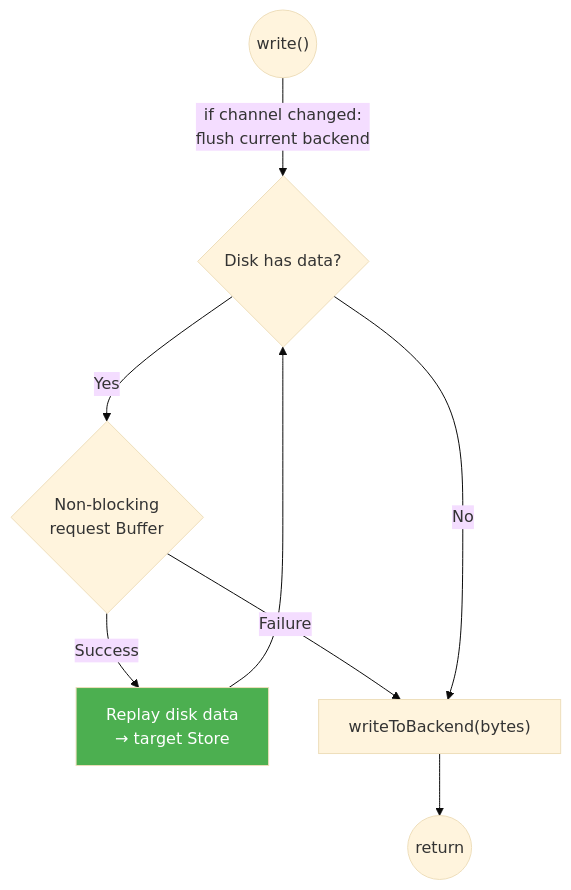
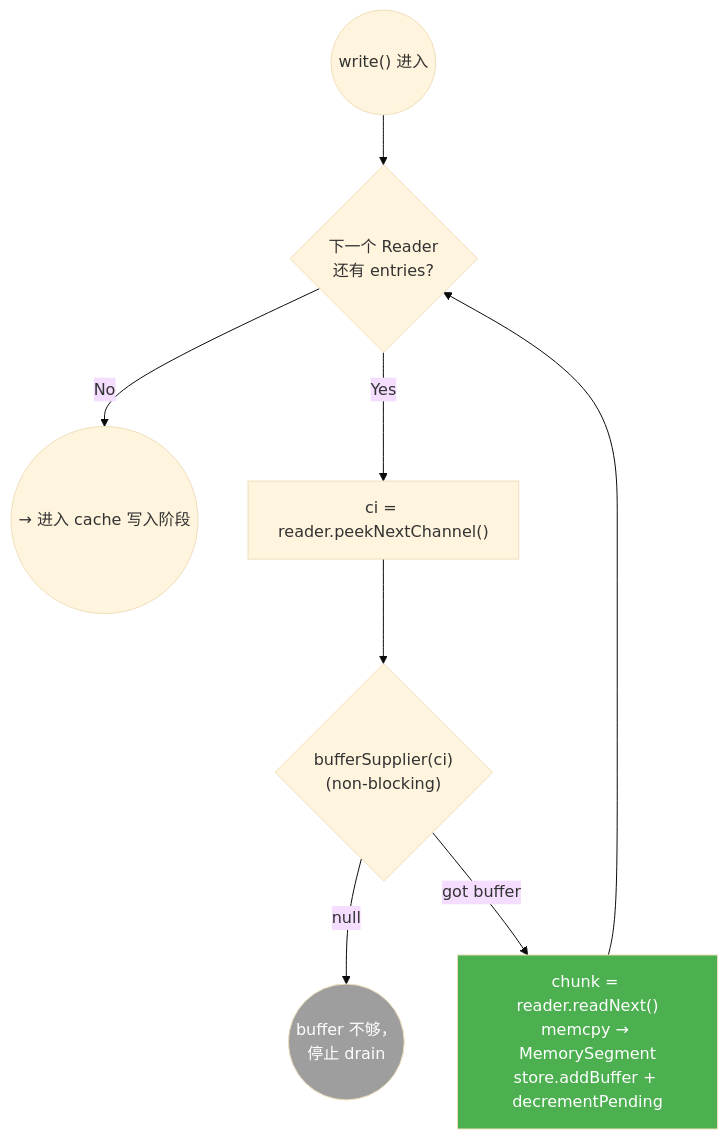
The fourth of 7 diagrams in requirements/38544/data_flow.md (1996fanrui/flink), drawn with Mermaid (base theme) before and after one commit. The commit also changed other lines of this file and 1 other file, not shown here.

First line of the commit message:
[FLINK-38544][docs] Revise data_flow + architecture_overview for final design

````diff
--- a/requirements/38544/data_flow.md
+++ b/requirements/38544/data_flow.md
@@ -138,14 +107,13 @@
 ```mermaid
 flowchart TD
-    W(("write()")) -->|"if channel changed:<br/>flush current backend"| P3
+    Start(("write() 进入")) --> Iter{"下一个 Reader<br/>还有 entries?"}
+    Iter -- No --> Done(("→ 进入 cache 写入阶段"))
+    Iter -- Yes --> PeekCi["ci = reader.peekNextChannel()"]
+    PeekCi --> ReqBuf{"bufferSupplier(ci)<br/>(non-blocking)"}
+    ReqBuf -- null --> Stop(("buffer 不够，<br/>停止 drain"))
+    ReqBuf -- got buffer --> Consume["chunk = reader.readNext()<br/>memcpy → MemorySegment<br/>store.addBuffer + decrementPending"]
+    Consume --> Iter
 
-    P3{"Disk has data?"}
-    P3 -- Yes --> ReqP3{"Non-blocking<br/>request Buffer"}
-    ReqP3 -- Success --> Replay["Replay disk data<br/>→ target Store"]
-    Replay --> P3
-    ReqP3 -- Failure --> WTB
-    P3 -- No --> WTB["writeToBackend(bytes)"]
-    WTB --> Done(("return"))
-
-    style Replay fill:#4CAF50,color:#fff
+    style Consume fill:#4CAF50,color:#fff
+    style Stop fill:#9E9E9E,color:#fff
 ```
````
